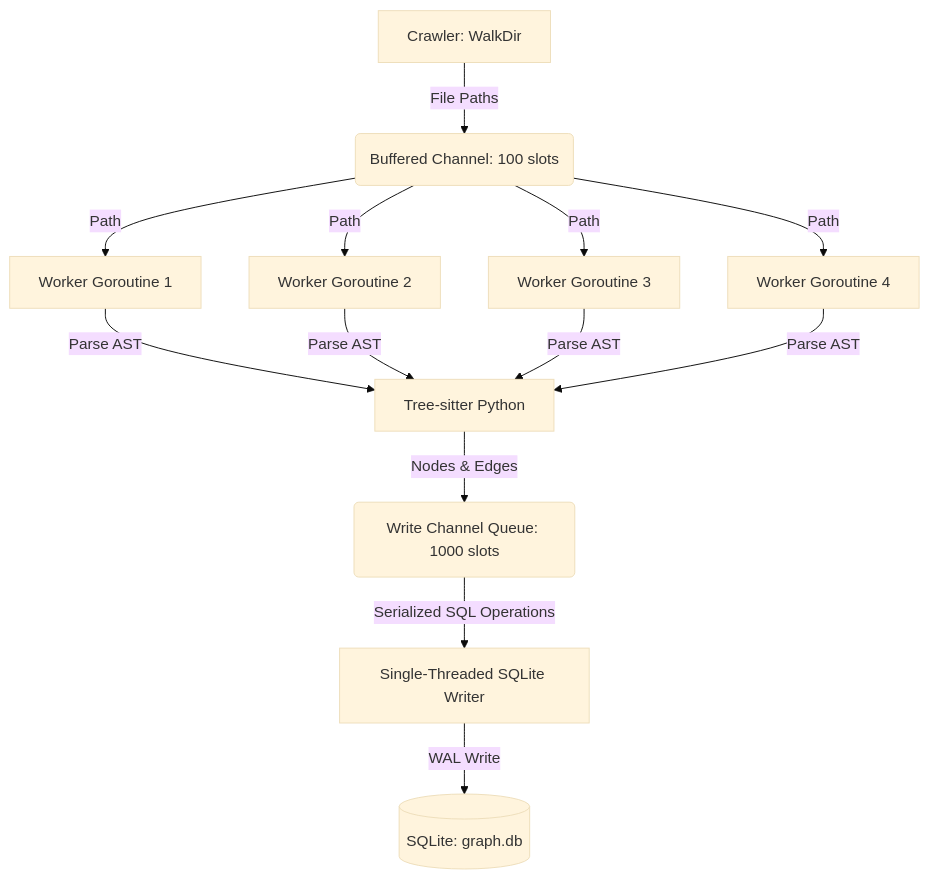
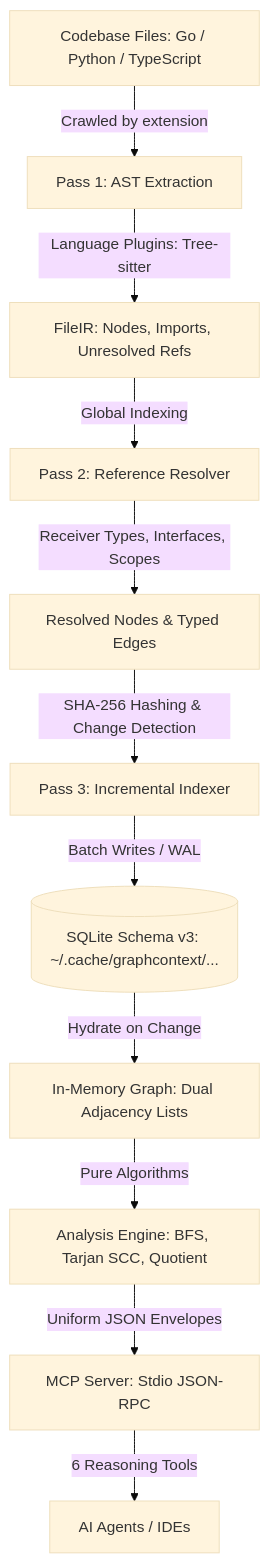
The diagram in README.md (vedansh-5/graphContext), drawn with Mermaid (base theme) before and after one commit. The commit also changed other lines of this file, not shown here.

Commit message:
docs: update README with v2 architecture, tools, and design decisions

````diff
--- a/README.md
+++ b/README.md
@@ -11,17 +13,13 @@
 ```mermaid
 graph TD
-    A[Crawler: WalkDir] -->|File Paths| B(Buffered Channel: 100 slots)
-    B -->|Path| C1[Worker Goroutine 1]
-    B -->|Path| C2[Worker Goroutine 2]
-    B -->|Path| C3[Worker Goroutine 3]
-    B -->|Path| C4[Worker Goroutine 4]
-    
-    C1 -->|Parse AST| D[Tree-sitter Python]
-    C2 -->|Parse AST| D
-    C3 -->|Parse AST| D
-    C4 -->|Parse AST| D
-    
-    D -->|Nodes & Edges| E(Write Channel Queue: 1000 slots)
-    E -->|Serialized SQL Operations| F[Single-Threaded SQLite Writer]
-    F -->|WAL Write| G[(SQLite: graph.db)]
+    A[Codebase Files: Go / Python / TypeScript] -->|Crawled by extension| B[Pass 1: AST Extraction]
+    B -->|Language Plugins: Tree-sitter| C[FileIR: Nodes, Imports, Unresolved Refs]
+    C -->|Global Indexing| D[Pass 2: Reference Resolver]
+    D -->|Receiver Types, Interfaces, Scopes| E[Resolved Nodes & Typed Edges]
+    E -->|SHA-256 Hashing & Change Detection| F[Pass 3: Incremental Indexer]
+    F -->|Batch Writes / WAL| G[(SQLite Schema v3: ~/.cache/graphcontext/...)]
+    G -->|Hydrate on Change| H[In-Memory Graph: Dual Adjacency Lists]
+    H -->|Pure Algorithms| I[Analysis Engine: BFS, Tarjan SCC, Quotient]
+    I -->|Uniform JSON Envelopes| J[MCP Server: Stdio JSON-RPC]
+    J -->|6 Reasoning Tools| K[AI Agents / IDEs]
 ```
````
